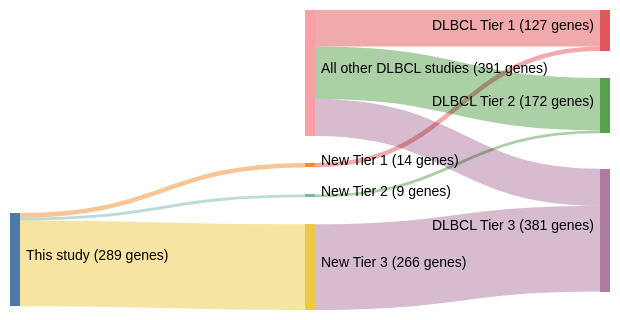
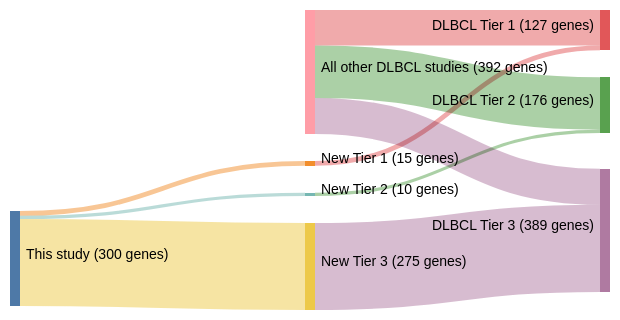
Before and after one commit to morinlab/lymphopedia: the diagram in papers/zhangGeneticHeterogeneityDiffuse2013.md, drawn with Mermaid (neutral theme). The commit also changed other lines of this file, not shown here.

````diff
--- a/papers/zhangGeneticHeterogeneityDiffuse2013.md
+++ b/papers/zhangGeneticHeterogeneityDiffuse2013.md
@@ -12,23 +12,23 @@
 ```mermaid
 ---
 config:
     sankey:
         showValues: true
         linkColor: target
         width: 600
         height: 300
         nodeAlignment: right
         prefix: '('
         suffix: ' genes)'
 ---
 sankey-beta
-This study, New Tier 1, 14
-New Tier 1, DLBCL Tier 1, 14
-This study, New Tier 2, 9
-New Tier 2, DLBCL Tier 2, 9
-This study, New Tier 3, 266
-New Tier 3, DLBCL Tier 3, 266
-All other DLBCL studies, DLBCL Tier 1, 113
-All other DLBCL studies, DLBCL Tier 2, 163
-All other DLBCL studies, DLBCL Tier 3, 115
+This study, New Tier 1, 15
+New Tier 1, DLBCL Tier 1, 15
+This study, New Tier 2, 10
+New Tier 2, DLBCL Tier 2, 10
+This study, New Tier 3, 275
+New Tier 3, DLBCL Tier 3, 275
+All other DLBCL studies, DLBCL Tier 1, 112
+All other DLBCL studies, DLBCL Tier 2, 166
+All other DLBCL studies, DLBCL Tier 3, 114
 ```
````
